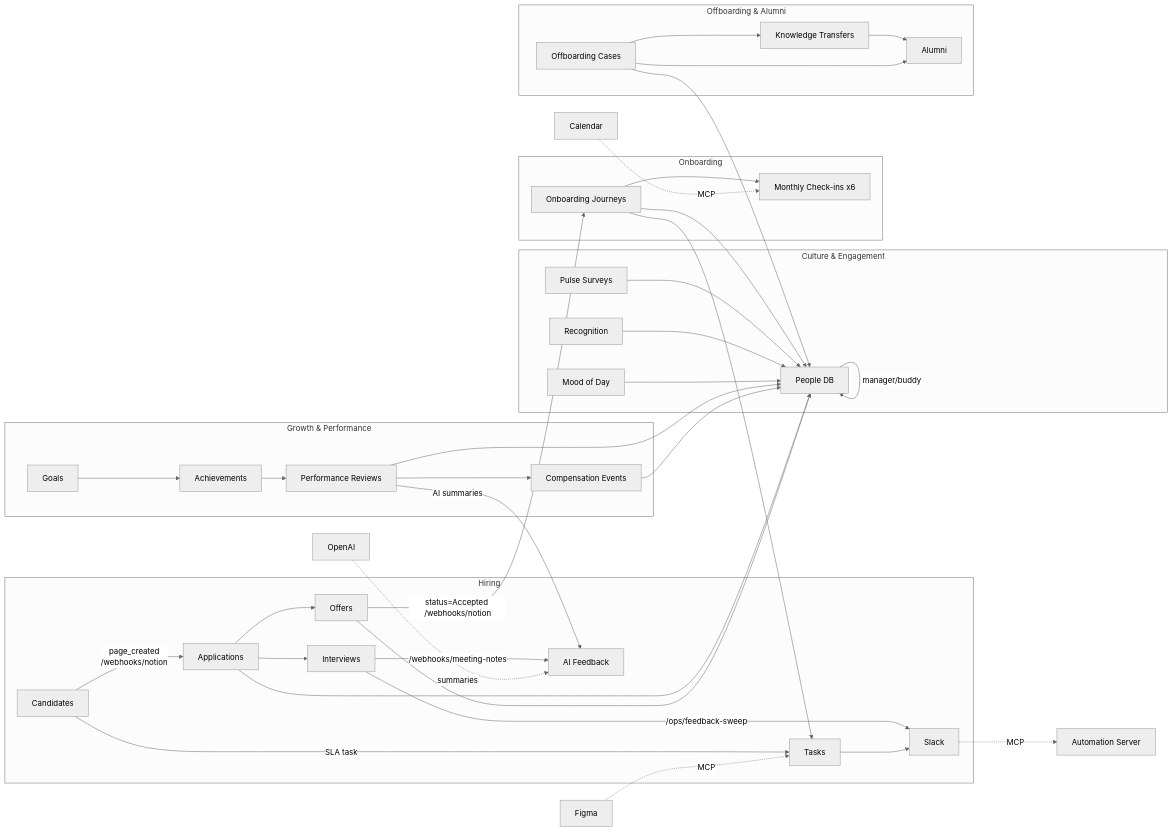
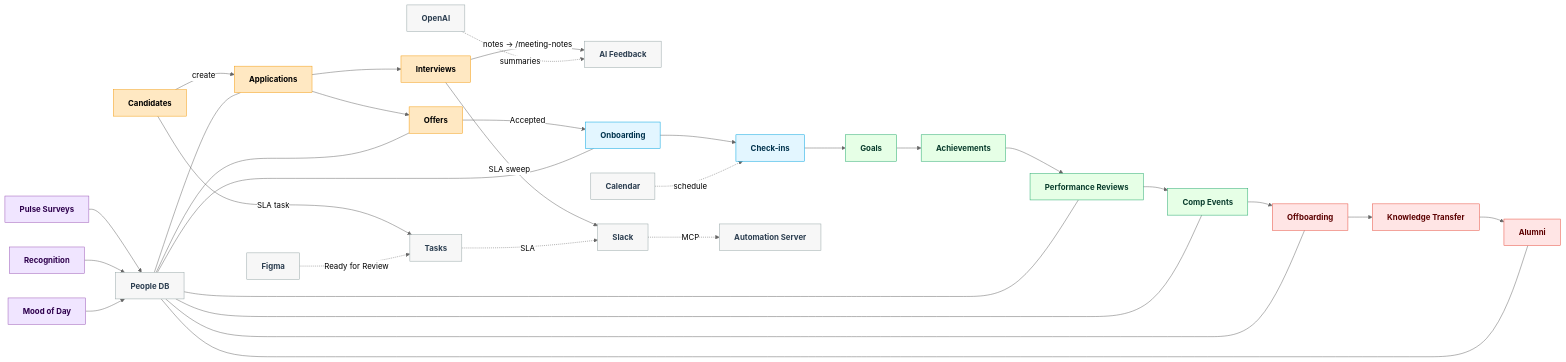
The diagram in submission.md (ujjavala/EchoHR), drawn with Mermaid (neutral theme) before and after one commit.

````diff
--- a/submission.md
+++ b/submission.md
@@ -42,49 +42,55 @@
 ```mermaid
 flowchart LR
-    subgraph Hiring
-      C[Candidates] -->|page_created\n/webhooks/notion| A[Applications]
-      A --> I[Interviews]
-      I -->|/webhooks/meeting-notes| Fbk[AI Feedback]
-      I -->|/ops/feedback-sweep| Slack
-      C -->|SLA task| T[Tasks]
-      A --> O[Offers]
-    end
+    %% Core flow
+    C[Candidates] -->|create| A[Applications]
+    A --> I[Interviews]
+    I -->|notes -> /meeting-notes| Fbk[AI Feedback]
+    I -->|SLA sweep| Slack
+    A --> O[Offers]
+    O -->|Accepted| J[Onboarding]
+    J --> CHK[Check-ins]
+    CHK --> G[Goals]
+    G --> ACH[Achievements]
+    ACH --> PR[Performance Reviews]
+    PR --> CE[Comp Events]
+    CE --> Off[Offboarding]
+    Off --> KT[Knowledge Transfer]
+    KT --> Alumni[Alumni]
 
-    subgraph Onboarding
-      O -->|status=Accepted /webhooks/notion| J[Onboarding Journeys]
-      J --> CHK[Monthly Check-ins x6]
-      J --> T
-    end
+    %% Supporting data
+    People[People DB] --- A
+    People --- O
+    People --- J
+    People --- PR
+    People --- CE
+    People --- Off
+    People --- Alumni
 
-    subgraph Growth & Performance
-      G[Goals] --> ACH[Achievements]
-      ACH --> PR[Performance Reviews]
-      PR -->|AI summaries| Fbk
-      PR --> CE[Compensation Events]
-    end
+    %% Culture side-rail
+    Pulse[Pulse Surveys] --> People
+    Recog[Recognition] --> People
+    Mood[Mood of Day] --> People
 
-    subgraph Culture & Engagement
-      Pulse[Pulse Surveys] --> People
-      Recog[Recognition] --> People
-      Mood[Mood of Day] --> People
-    end
+    %% Automation + MCP touchpoints
+    T[Tasks] -. SLA .-> Slack
+    C -->|SLA task| T
+    Figma -. Ready for Review .-> T
+    Calendar -. schedule .-> CHK
+    Slack -. MCP .-> Automation[Automation Server]
+    OpenAI -. summaries .-> Fbk
 
-    subgraph Offboarding & Alumni
-      Off[Offboarding Cases] --> KT[Knowledge Transfers]
-      KT --> Alumni[Alumni]
-      Off --> Alumni
-    end
+    %% Styling
+    classDef hiring fill:#ffe8c2,stroke:#f39c12,color:#000,font-weight:bold;
+    classDef onboard fill:#e3f6ff,stroke:#00a3e0,color:#00334d,font-weight:bold;
+    classDef growth fill:#e6ffe6,stroke:#22a96a,color:#0a3d2d,font-weight:bold;
+    classDef culture fill:#f0e5ff,stroke:#9b59b6,color:#2e004d,font-weight:bold;
+    classDef exit fill:#ffe5e5,stroke:#e74c3c,color:#5c0000,font-weight:bold;
+    classDef infra fill:#f7f7f7,stroke:#95a5a6,color:#2c3e50,font-weight:bold;
 
-    People[People DB] -->|manager/buddy| People
-    A --> People
-    O --> People
-    J --> People
-    PR --> People
-    CE --> People
-    Off --> People
-    T --> Slack
-    Slack -. MCP .-> Automation[Automation Server]
-    Figma -. MCP .-> T
-    Calendar -. MCP .-> CHK
-    OpenAI -. summaries .-> Fbk
+    class C,A,I,O hiring;
+    class J,CHK onboard;
+    class G,ACH,PR,CE growth;
+    class Pulse,Recog,Mood culture;
+    class Off,KT,Alumni exit;
+    class People,T,Slack,Figma,Calendar,Automation,OpenAI,Fbk infra;
 ```
````
